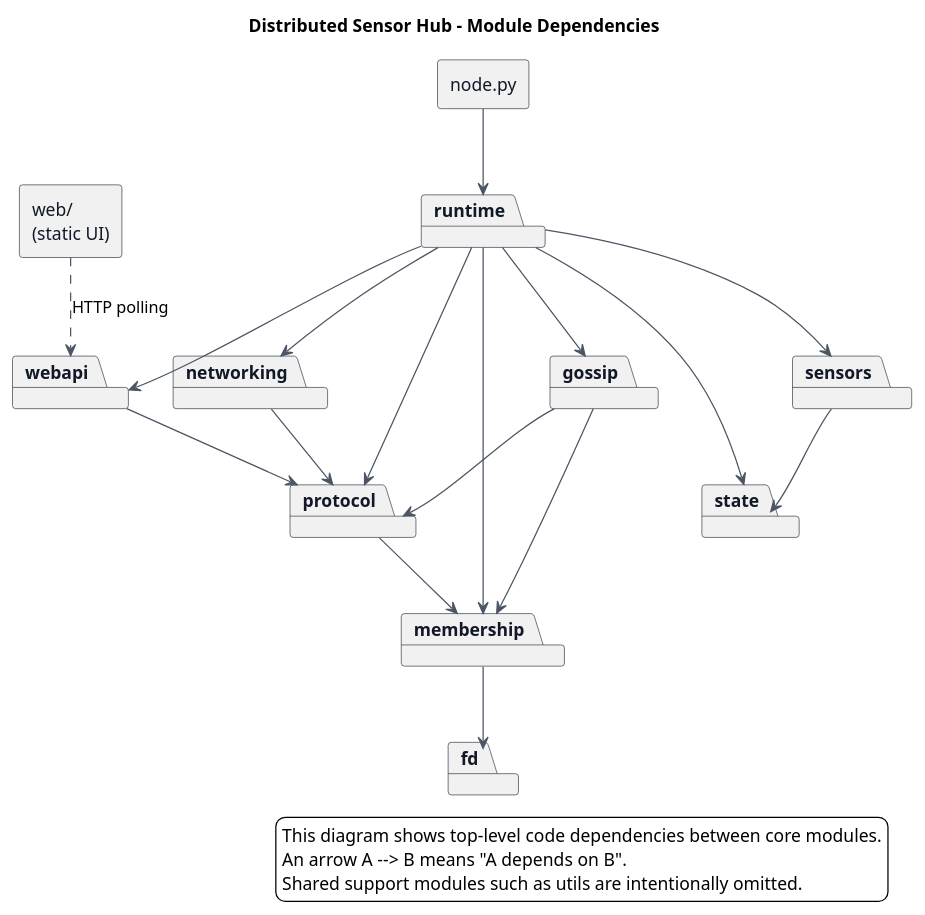
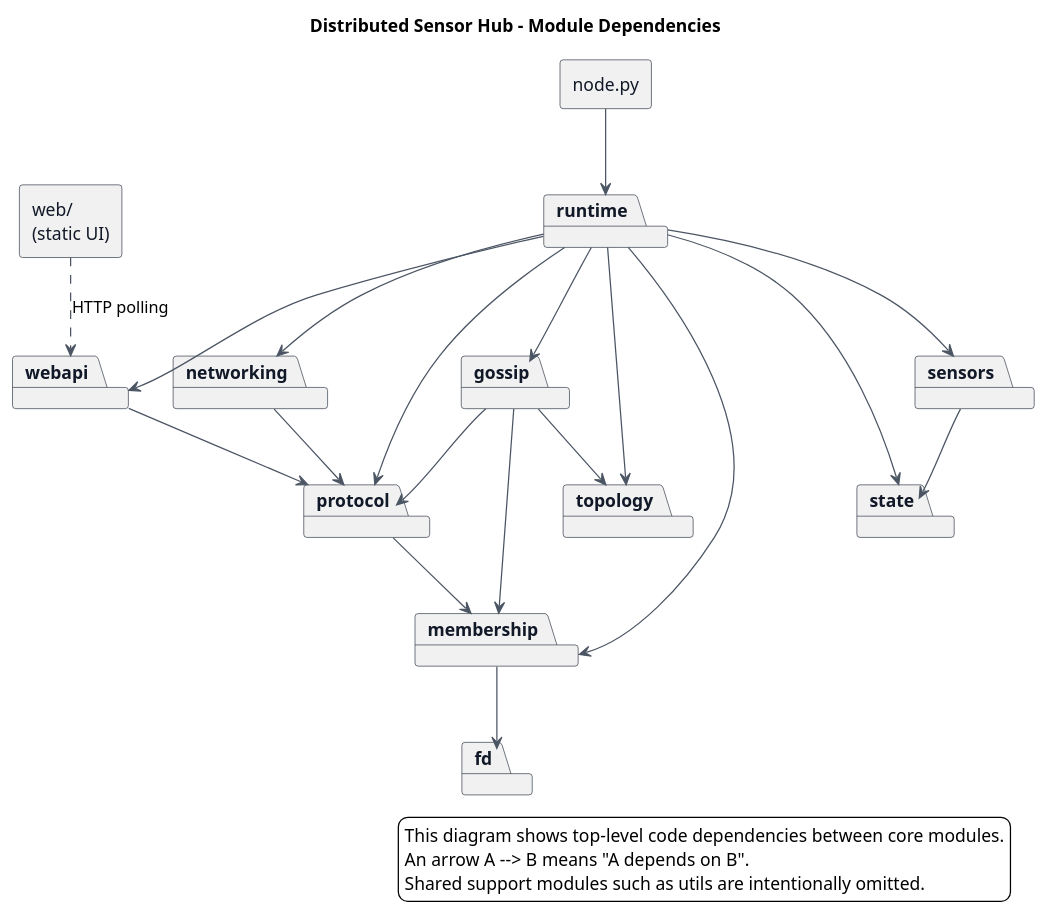
The diagram in docs/module-dependencies.puml (AlexSantini10/distributed-sensor-hub), drawn with PlantUML before and after one commit. The commit also changed 22 other files, not shown here.

```diff
--- a/docs/module-dependencies.puml
+++ b/docs/module-dependencies.puml
@@ -1,58 +1,61 @@
 @startuml
 title Distributed Sensor Hub - Module Dependencies
 
 skinparam backgroundColor white
 skinparam shadowing false
 skinparam packageStyle rectangle
 skinparam componentStyle rectangle
 skinparam ArrowColor #4B5563
 skinparam PackageBorderColor #1F2937
 skinparam PackageFontColor #111827
 skinparam ComponentBorderColor #1F2937
 skinparam ComponentFontColor #111827
 
 legend right
   This diagram shows top-level code dependencies between core modules.
   An arrow A --> B means "A depends on B".
   Shared support modules such as utils are intentionally omitted.
 endlegend
 
 component "node.py" as node
 
 package "runtime" as runtime
 package "protocol" as protocol
 package "networking" as networking
 package "membership" as membership
 package "fd" as fd
 package "gossip" as gossip
 package "state" as state
 package "sensors" as sensors
 package "webapi" as webapi
+package "topology" as topology
 component "web/\n(static UI)" as web
 
 node --> runtime
 
 runtime --> networking
 runtime --> protocol
 runtime --> membership
 runtime --> gossip
 runtime --> sensors
 runtime --> state
 runtime --> webapi
+runtime --> topology
 
 protocol --> membership
 
 networking --> protocol
 
 membership --> fd
 
 gossip --> membership
 gossip --> protocol
+gossip --> topology
 
 sensors --> state
 
 webapi --> protocol
 
 web ..> webapi : HTTP polling
 
 @enduml
```
